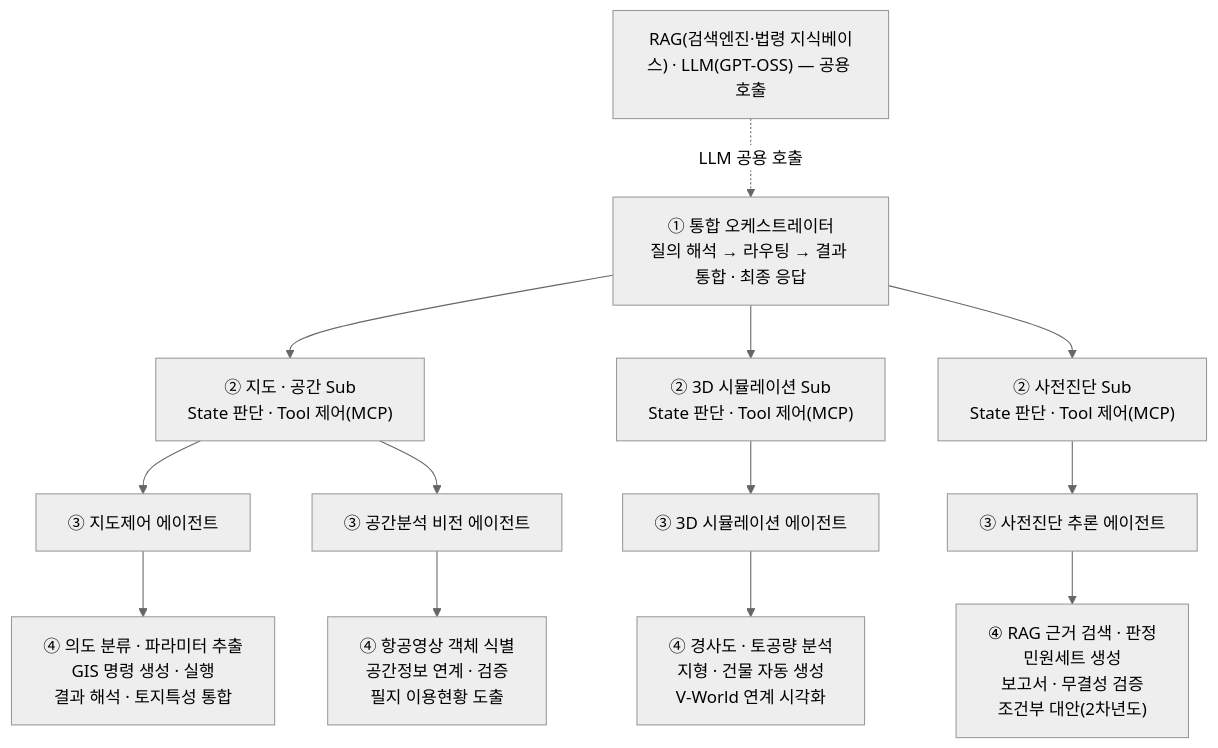
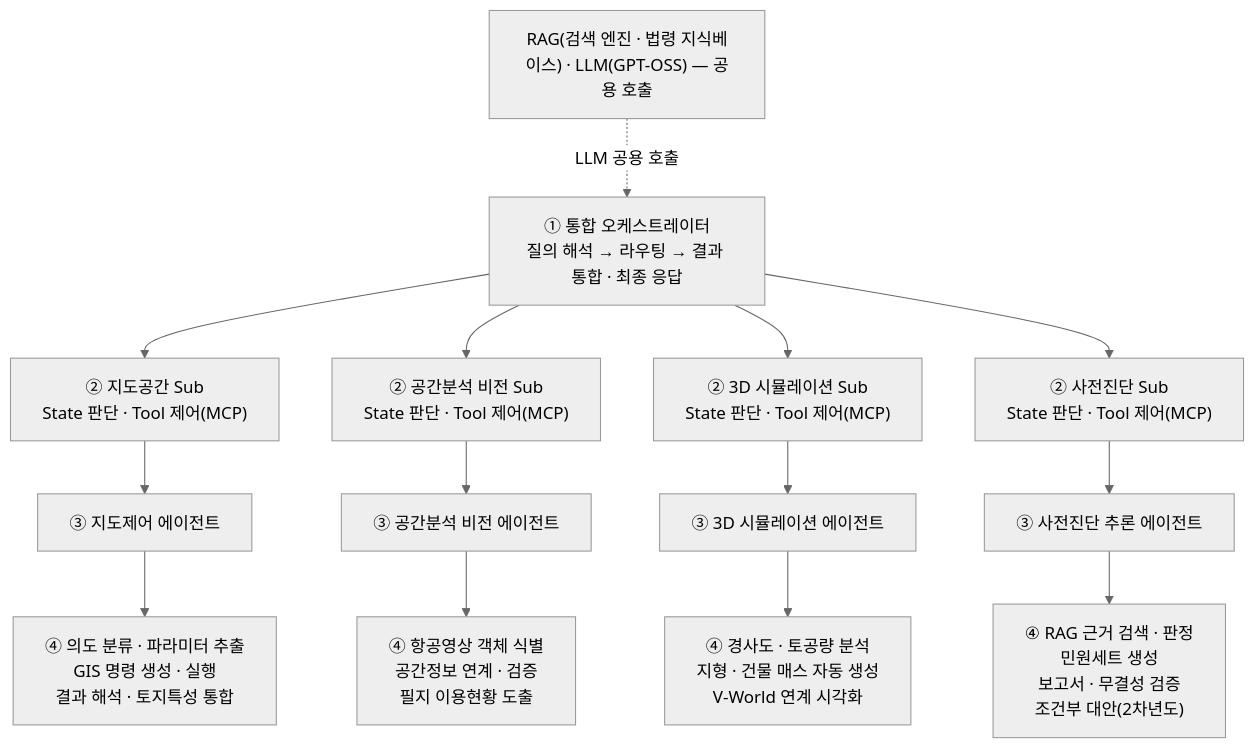
One commit to madlrengg100/permit-copilot changed the first of 8 diagrams in docs/MCP-AGENT-SEQUENCE1.md. Above: the diagram before and after it, drawn with Mermaid (neutral theme). The commit also changed other lines of this file and 1 other file, not shown here.

Commit message:
MCP 4계층 에이전트 구조 문서 업데이트

````diff
--- a/docs/MCP-AGENT-SEQUENCE1.md
+++ b/docs/MCP-AGENT-SEQUENCE1.md
@@ -15,20 +15,21 @@
 ```mermaid
 flowchart TB
-    RAGLLM["RAG(검색엔진·법령 지식베이스) · LLM(GPT-OSS) — 공용 호출"]
+    RAGLLM["RAG(검색 엔진 · 법령 지식베이스) · LLM(GPT-OSS) — 공용 호출"]
     RAGLLM -. LLM 공용 호출 .-> IO
 
     IO["① 통합 오케스트레이터<br/>질의 해석 → 라우팅 → 결과 통합 · 최종 응답"]
-    IO --> S1["② 지도 · 공간 Sub<br/>State 판단 · Tool 제어(MCP)"]
-    IO --> S2["② 3D 시뮬레이션 Sub<br/>State 판단 · Tool 제어(MCP)"]
-    IO --> S3["② 사전진단 Sub<br/>State 판단 · Tool 제어(MCP)"]
+    IO --> S1["② 지도공간 Sub<br/>State 판단 · Tool 제어(MCP)"]
+    IO --> S2["② 공간분석 비전 Sub<br/>State 판단 · Tool 제어(MCP)"]
+    IO --> S3["② 3D 시뮬레이션 Sub<br/>State 판단 · Tool 제어(MCP)"]
+    IO --> S4["② 사전진단 Sub<br/>State 판단 · Tool 제어(MCP)"]
 
     S1 --> A1["③ 지도제어 에이전트"]
-    S1 --> A2["③ 공간분석 비전 에이전트"]
-    S2 --> A3["③ 3D 시뮬레이션 에이전트"]
-    S3 --> A4["③ 사전진단 추론 에이전트"]
+    S2 --> A2["③ 공간분석 비전 에이전트"]
+    S3 --> A3["③ 3D 시뮬레이션 에이전트"]
+    S4 --> A4["③ 사전진단 추론 에이전트"]
 
     A1 --> M1["④ 의도 분류 · 파라미터 추출<br/>GIS 명령 생성 · 실행<br/>결과 해석 · 토지특성 통합"]
     A2 --> M2["④ 항공영상 객체 식별<br/>공간정보 연계 · 검증<br/>필지 이용현황 도출"]
-    A3 --> M3["④ 경사도 · 토공량 분석<br/>지형 · 건물 자동 생성<br/>V-World 연계 시각화"]
+    A3 --> M3["④ 경사도 · 토공량 분석<br/>지형 · 건물 매스 자동 생성<br/>V-World 연계 시각화"]
     A4 --> M4["④ RAG 근거 검색 · 판정<br/>민원세트 생성<br/>보고서 · 무결성 검증<br/>조건부 대안(2차년도)"]
 ```
````
